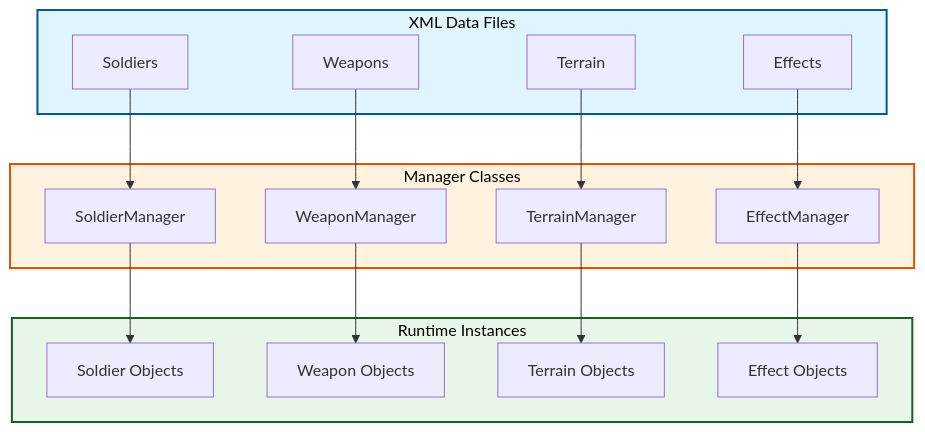
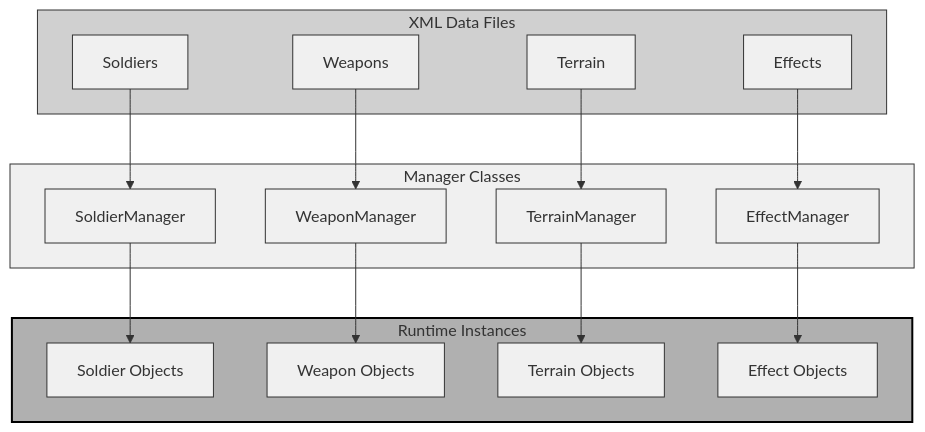
Before and after one commit to jukofyork/close-combat-architecture-study: the second of 10 diagrams in chapter_07_moddability.md, drawn with Mermaid. The commit also changed other lines of this file and 15 other files, not shown here.

````diff
--- a/chapter_07_moddability.md
+++ b/chapter_07_moddability.md
@@ -90,36 +98,38 @@
 ```mermaid
 flowchart TB
     subgraph Data["XML Data Files"]
         D1[Soldiers]
         D2[Weapons]
         D3[Terrain]
         D4[Effects]
     end
     
     subgraph Managers["Manager Classes"]
         M1[SoldierManager]
         M2[WeaponManager]
         M3[TerrainManager]
         M4[EffectManager]
     end
     
     subgraph Runtime["Runtime Instances"]
         R1[Soldier Objects]
         R2[Weapon Objects]
         R3[Terrain Objects]
         R4[Effect Objects]
     end
     
     D1 --> M1 --> R1
     D2 --> M2 --> R2
     D3 --> M3 --> R3
     D4 --> M4 --> R4
     
-    classDef dataStyle fill:#e1f5fe,stroke:#01579b,stroke-width:2px,color:#000
-    classDef managerStyle fill:#fff3e0,stroke:#e65100,stroke-width:2px,color:#000
-    classDef runtimeStyle fill:#e8f5e9,stroke:#1b5e20,stroke-width:2px,color:#000
+    classDef default fill:#fff,stroke:#000,stroke-width:1px
+    classDef light fill:#f0f0f0,stroke:#333,stroke-width:1px
+    classDef medium fill:#d0d0d0,stroke:#333,stroke-width:1px
+    classDef dark fill:#b0b0b0,stroke:#000,stroke-width:2px
     
-    class Data dataStyle
-    class Managers managerStyle
-    class Runtime runtimeStyle
+    class Data medium
+    class Managers light
+    class Runtime dark
+    class D1,D2,D3,D4,M1,M2,M3,M4,R1,R2,R3,R4 light
 ```
````
